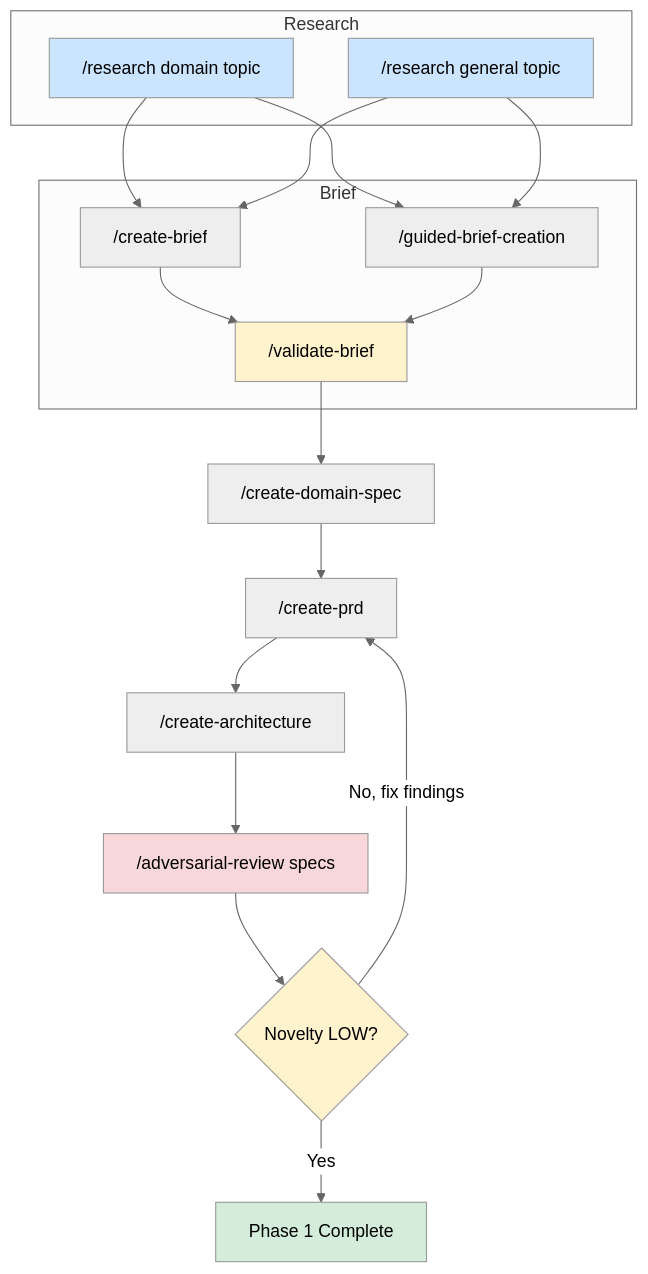
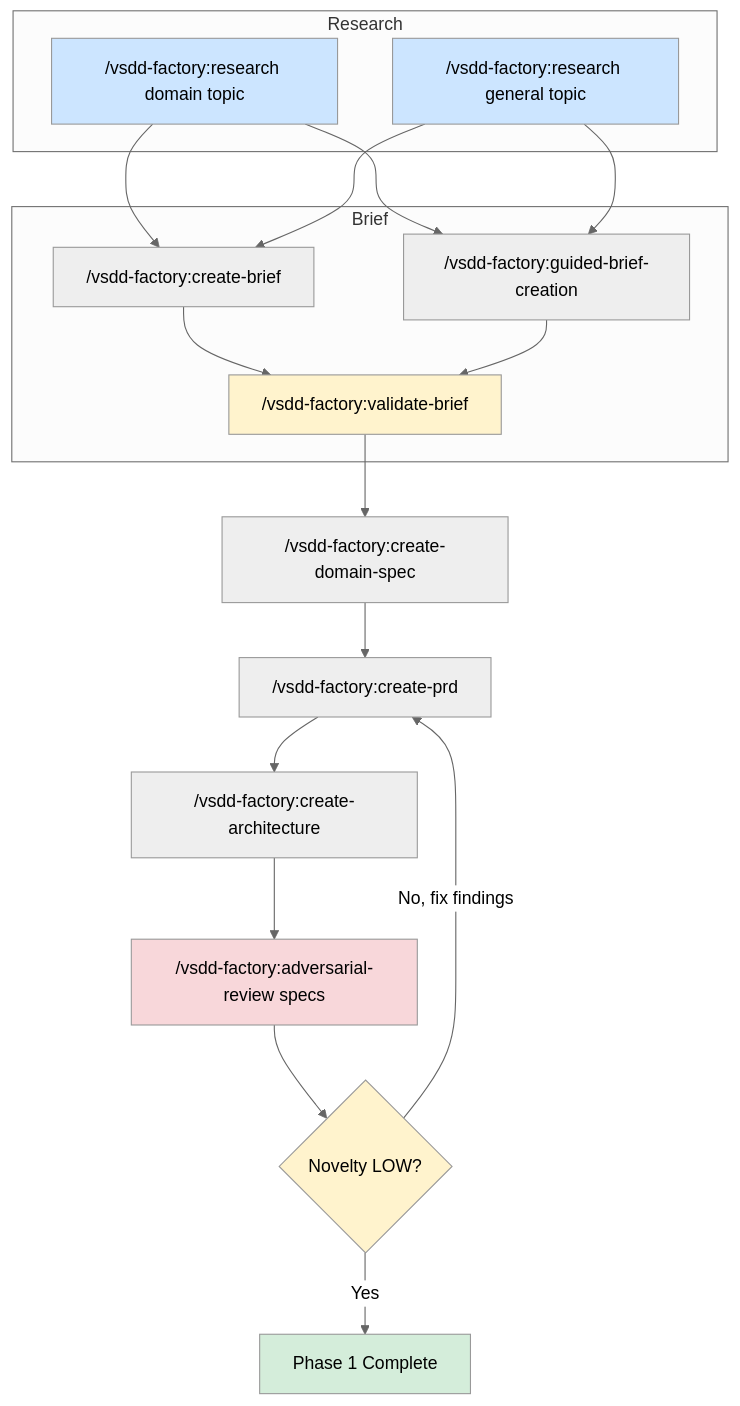
One commit to drbothen/vsdd-factory changed the diagram in docs/guide/phase-1-spec-crystallization.md. Above: the diagram before and after it, drawn with Mermaid (neutral theme). The commit also changed other lines of this file and 16 other files, not shown here.

First line of the commit message:
docs: add vsdd-factory: namespace prefix to all command references

````diff
--- a/docs/guide/phase-1-spec-crystallization.md
+++ b/docs/guide/phase-1-spec-crystallization.md
@@ -17,35 +17,35 @@
 ```mermaid
 graph TD
     subgraph "Research"
-        R1["/research domain topic"]
-        R2["/research general topic"]
+        R1["/vsdd-factory:research domain topic"]
+        R2["/vsdd-factory:research general topic"]
     end
 
     subgraph "Brief"
-        B1["/create-brief"]
-        B2["/guided-brief-creation"]
-        B1 --> VB["/validate-brief"]
+        B1["/vsdd-factory:create-brief"]
+        B2["/vsdd-factory:guided-brief-creation"]
+        B1 --> VB["/vsdd-factory:validate-brief"]
         B2 --> VB
     end
 
     R1 --> B1
     R2 --> B1
     R1 --> B2
     R2 --> B2
 
-    VB --> DS["/create-domain-spec"]
-    DS --> PRD["/create-prd"]
-    PRD --> ARCH["/create-architecture"]
-    ARCH --> ADV["/adversarial-review specs"]
+    VB --> DS["/vsdd-factory:create-domain-spec"]
+    DS --> PRD["/vsdd-factory:create-prd"]
+    PRD --> ARCH["/vsdd-factory:create-architecture"]
+    ARCH --> ADV["/vsdd-factory:adversarial-review specs"]
 
     ADV --> CONV{Novelty LOW?}
     CONV -->|No, fix findings| PRD
     CONV -->|Yes| DONE[Phase 1 Complete]
 
     style R1 fill:#cce5ff
     style R2 fill:#cce5ff
     style VB fill:#fff3cd
     style ADV fill:#f8d7da
     style CONV fill:#fff3cd
     style DONE fill:#d4edda
 ```
````
